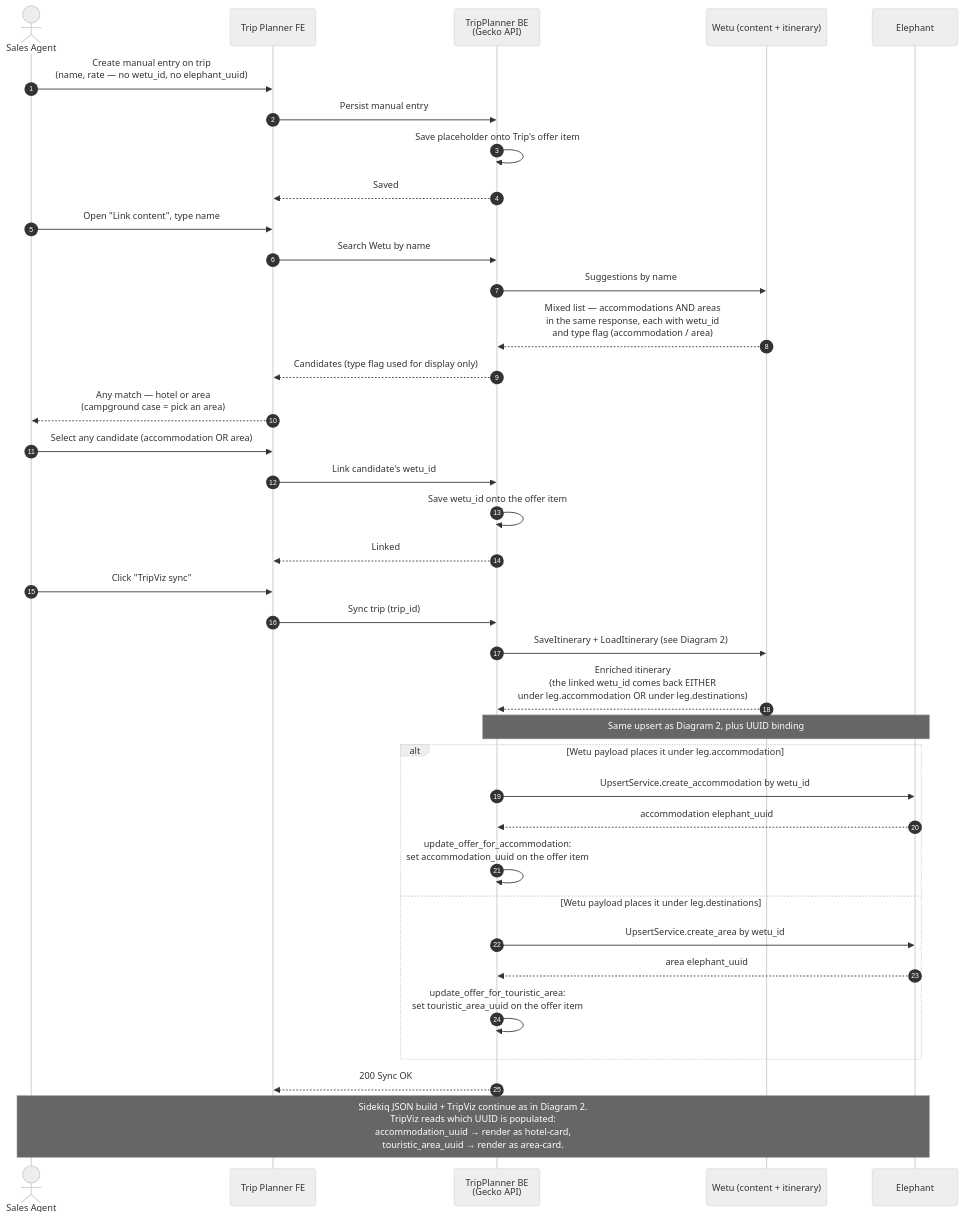
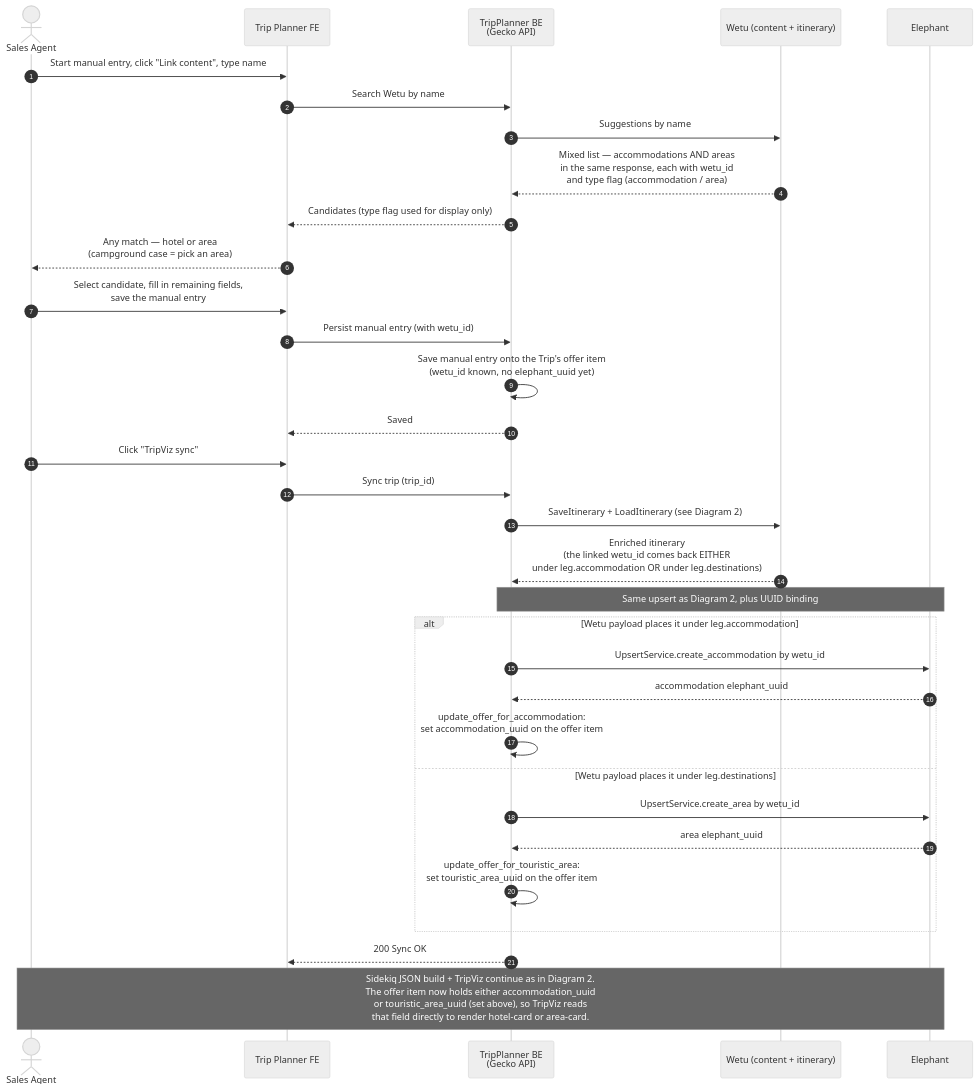
The fourth of 5 diagrams in OUTPUTS/2026-04-24_TripPlannerWetu-sequence-diagrams/TripPlannerWetu_Confluence.md (kliuchnikau-tourlane/ClaudeCowork), drawn with Mermaid (neutral theme) before and after one commit. The commit also changed other lines of this file and 2 other files, not shown here.

Commit message:
Diagram 3 fix per Gregor: reorder + clarify type storage
Per Gregor's review of the Confluence-uploaded version:
- Reordered Diagram 3: agent uses Link Content + picks a
  candidate BEFORE persisting the manual entry. The wetu_id
  is therefore already attached when the entry is saved.
- Clarified that the offer item itself records the
  accommodation-vs-area distinction during TripViz sync (which
  UUID slot gets set). The previous "TripViz infers from
  Elephant at render time" framing was misleading.
- Regenerated diagram_3.png with white background.
- Pushed to Confluence draft 4691394595.

````diff
--- a/OUTPUTS/2026-04-24_TripPlannerWetu-sequence-diagrams/TripPlannerWetu_Confluence.md
+++ b/OUTPUTS/2026-04-24_TripPlannerWetu-sequence-diagrams/TripPlannerWetu_Confluence.md
@@ -204,45 +204,40 @@
 ```mermaid
 sequenceDiagram
     autonumber
     actor Agent as Sales Agent
     participant TP as Trip Planner FE
     participant BE as TripPlanner BE<br/>(Gecko API)
     participant Wetu as Wetu (content + itinerary)
     participant Eleph as Elephant
 
-    Agent->>TP: Create manual entry on trip<br/>(name, rate — no wetu_id, no elephant_uuid)
-    TP->>BE: Persist manual entry
-    BE->>BE: Save placeholder onto Trip's offer item
-    BE-->>TP: Saved
-
-    Agent->>TP: Open "Link content", type name
+    Agent->>TP: Start manual entry, click "Link content", type name
     TP->>BE: Search Wetu by name
     BE->>Wetu: Suggestions by name
     Wetu-->>BE: Mixed list — accommodations AND areas<br/>in the same response, each with wetu_id<br/>and type flag (accommodation / area)
     BE-->>TP: Candidates (type flag used for display only)
     TP-->>Agent: Any match — hotel or area<br/>(campground case = pick an area)
 
-    Agent->>TP: Select any candidate (accommodation OR area)
-    TP->>BE: Link candidate's wetu_id
-    BE->>BE: Save wetu_id onto the offer item
-    BE-->>TP: Linked
+    Agent->>TP: Select candidate, fill in remaining fields,<br/>save the manual entry
+    TP->>BE: Persist manual entry (with wetu_id)
+    BE->>BE: Save manual entry onto the Trip's offer item<br/>(wetu_id known, no elephant_uuid yet)
+    BE-->>TP: Saved
 
     Agent->>TP: Click "TripViz sync"
     TP->>BE: Sync trip (trip_id)
     BE->>Wetu: SaveItinerary + LoadItinerary (see Diagram 2)
     Wetu-->>BE: Enriched itinerary<br/>(the linked wetu_id comes back EITHER<br/>under leg.accommodation OR under leg.destinations)
 
     Note over BE,Eleph: Same upsert as Diagram 2, plus UUID binding
     alt Wetu payload places it under leg.accommodation
         BE->>Eleph: UpsertService.create_accommodation by wetu_id
         Eleph-->>BE: accommodation elephant_uuid
         BE->>BE: update_offer_for_accommodation:<br/>set accommodation_uuid on the offer item
     else Wetu payload places it under leg.destinations
         BE->>Eleph: UpsertService.create_area by wetu_id
         Eleph-->>BE: area elephant_uuid
         BE->>BE: update_offer_for_touristic_area:<br/>set touristic_area_uuid on the offer item
     end
     BE-->>TP: 200 Sync OK
 
-    Note over Agent,Eleph: Sidekiq JSON build + TripViz continue as in Diagram 2.<br/>TripViz reads which UUID is populated:<br/>accommodation_uuid → render as hotel-card,<br/>touristic_area_uuid → render as area-card.
+    Note over Agent,Eleph: Sidekiq JSON build + TripViz continue as in Diagram 2.<br/>The offer item now holds either accommodation_uuid<br/>or touristic_area_uuid (set above), so TripViz reads<br/>that field directly to render hotel-card or area-card.
 ```
````
